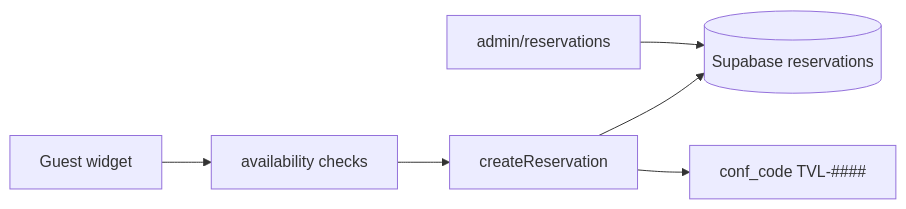
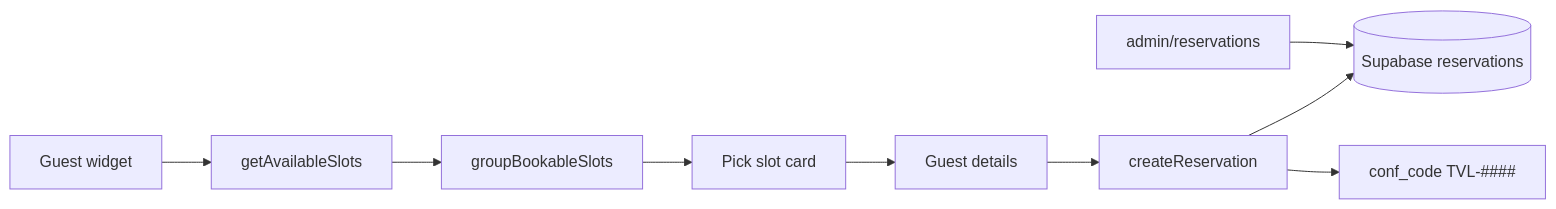
Before and after one commit to ralfcam/restaurant-system: the diagram in docs/architecture/Reservation-Flow.md, drawn with Mermaid. The commit also changed other lines of this file and 31 other files, not shown here.

First line of the commit message:
feat(reservations): group guest slots by opening-hour segments

````diff
--- a/docs/architecture/Reservation-Flow.md
+++ b/docs/architecture/Reservation-Flow.md
@@ -8,8 +9,11 @@
 ```mermaid
 flowchart LR
-  Guest[Guest widget] --> Avail[availability checks]
-  Avail --> Create[createReservation]
+  Guest[Guest widget] --> Slots[getAvailableSlots]
+  Slots --> Group[groupBookableSlots]
+  Group --> Pick[Pick slot card]
+  Pick --> Details[Guest details]
+  Details --> Create[createReservation]
   Create --> DB[(Supabase reservations)]
   Create --> Code[conf_code TVL-####]
   Admin[admin/reservations] --> DB
 ```
````
